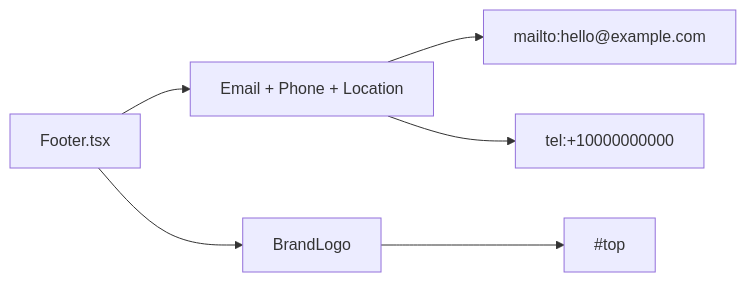
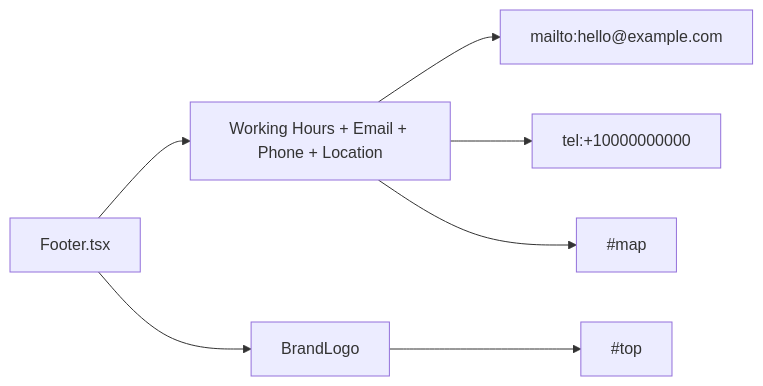
Before and after one commit to ipavic933-spec/website-pavic: the diagram in lode/ui/footer-layout.md, drawn with Mermaid. The commit also changed other lines of this file and 12 other files, not shown here.

````diff
--- a/lode/ui/footer-layout.md
+++ b/lode/ui/footer-layout.md
@@ -11,8 +11,9 @@
 ```mermaid
 flowchart LR
-  Footer["Footer.tsx"] --> Left["Email + Phone + Location"]
+  Footer["Footer.tsx"] --> Left["Working Hours + Email + Phone + Location"]
   Footer --> Right["BrandLogo"]
   Left --> Mailto["mailto:hello@example.com"]
   Left --> Tel["tel:+10000000000"]
+  Left --> MapAnchor["#map"]
   Right --> TopAnchor["#top"]
 ```
````
